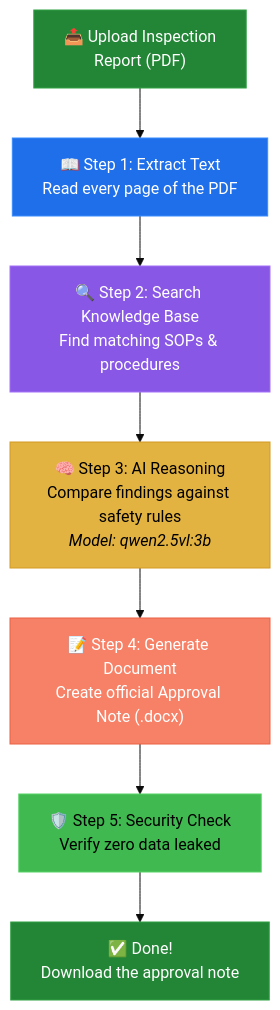
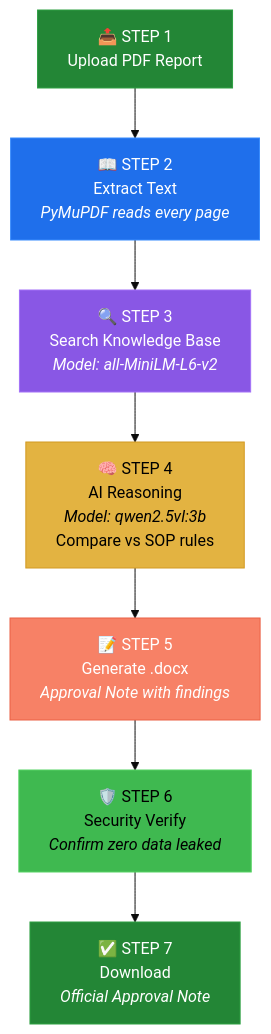
The fourth of 13 diagrams in README.md (i-shubhh/DEMO-117), drawn with Mermaid (base theme) before and after one commit. The commit also changed other lines of this file, not shown here.

````diff
--- a/README.md
+++ b/README.md
@@ -150,17 +180,20 @@
 ```mermaid
 graph TD
-    START["📤 Upload Inspection<br/>Report (PDF)"] --> OCR["📖 Step 1: Extract Text<br/>Read every page of the PDF"]
-    OCR --> RAG["🔍 Step 2: Search Knowledge Base<br/>Find matching SOPs & procedures"]
-    RAG --> REASON["🧠 Step 3: AI Reasoning<br/>Compare findings against safety rules<br/><i>Model: qwen2.5vl:3b</i>"]
-    REASON --> DOCGEN["📝 Step 4: Generate Document<br/>Create official Approval Note (.docx)"]
-    DOCGEN --> VERIFY["🛡️ Step 5: Security Check<br/>Verify zero data leaked"]
-    VERIFY --> DONE["✅ Done!<br/>Download the approval note"]
+    S1["📤 STEP 1<br/>Upload PDF Report"]
+    S2["📖 STEP 2<br/>Extract Text<br/><i>PyMuPDF reads every page</i>"]
+    S3["🔍 STEP 3<br/>Search Knowledge Base<br/><i>Model: all-MiniLM-L6-v2</i>"]
+    S4["🧠 STEP 4<br/>AI Reasoning<br/><i>Model: qwen2.5vl:3b</i><br/>Compare vs SOP rules"]
+    S5["📝 STEP 5<br/>Generate .docx<br/><i>Approval Note with findings</i>"]
+    S6["🛡️ STEP 6<br/>Security Verify<br/><i>Confirm zero data leaked</i>"]
+    S7["✅ STEP 7<br/>Download<br/><i>Official Approval Note</i>"]
 
-    style START fill:#238636,stroke:#2ea043,color:#fff
-    style OCR fill:#1f6feb,stroke:#388bfd,color:#fff
-    style RAG fill:#8957e5,stroke:#a371f7,color:#fff
-    style REASON fill:#e3b341,stroke:#d29922,color:#000
-    style DOCGEN fill:#f78166,stroke:#ea6045,color:#fff
-    style VERIFY fill:#3fb950,stroke:#56d364,color:#000
-    style DONE fill:#238636,stroke:#2ea043,color:#fff
+    S1 --> S2 --> S3 --> S4 --> S5 --> S6 --> S7
+
+    style S1 fill:#238636,stroke:#2ea043,color:#fff
+    style S2 fill:#1f6feb,stroke:#388bfd,color:#fff
+    style S3 fill:#8957e5,stroke:#a371f7,color:#fff
+    style S4 fill:#e3b341,stroke:#d29922,color:#000
+    style S5 fill:#f78166,stroke:#ea6045,color:#fff
+    style S6 fill:#3fb950,stroke:#56d364,color:#000
+    style S7 fill:#238636,stroke:#2ea043,color:#fff
 ```
````
